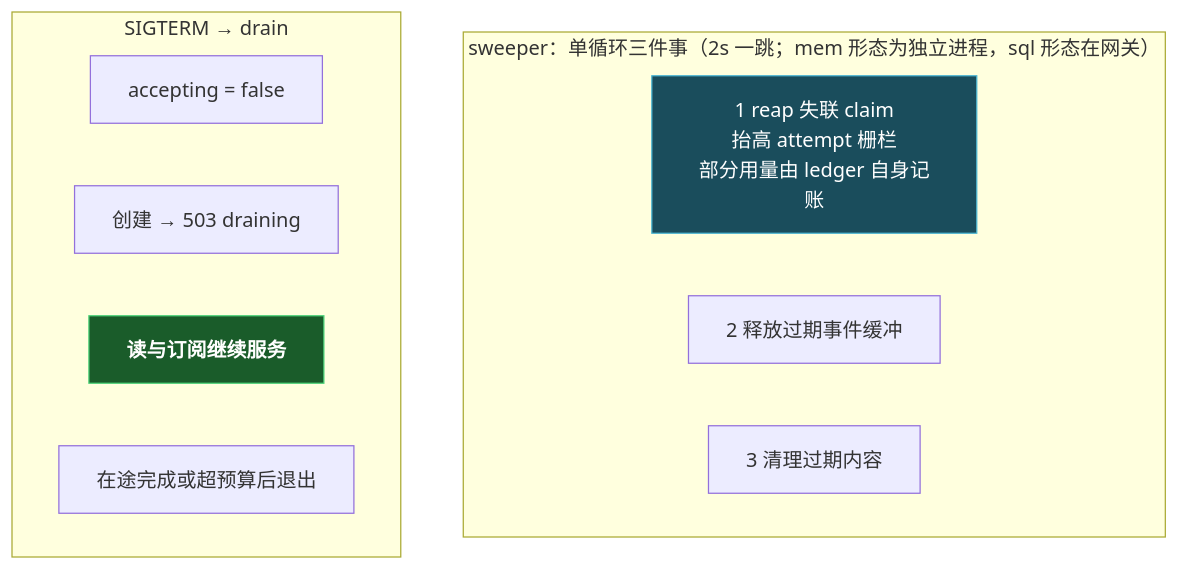
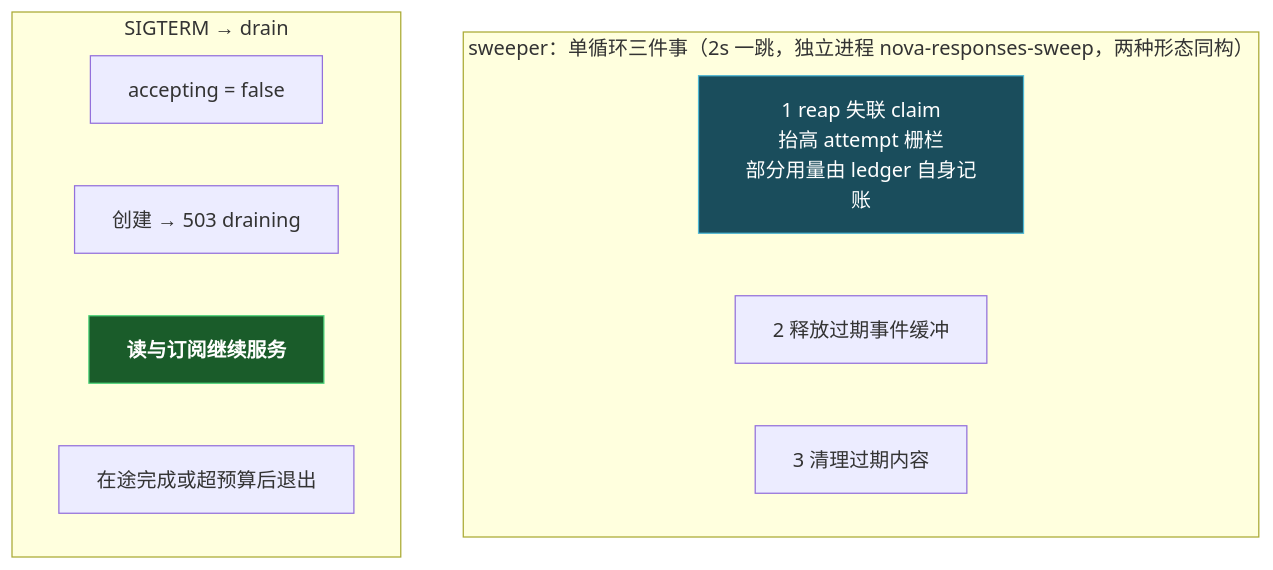
Before and after one commit to charleslyh/nova-chat: the ninth of 9 diagrams in docs/design/00-architecture-review.md, drawn with Mermaid. The commit also changed other lines of this file and 15 other files, not shown here.

Commit message:
docs: realign design and architecture docs with the D25 shared-carrier topology so figures and claims match the implementation, not the pre-shared-buffer model

````diff
--- a/docs/design/00-architecture-review.md
+++ b/docs/design/00-architecture-review.md
@@ -629,18 +629,18 @@
 ```mermaid
 graph TB
-    subgraph SW["sweeper：单循环三件事（2s 一跳；mem 形态为独立进程，sql 形态在网关）"]
+    subgraph SW["sweeper：单循环三件事（2s 一跳，独立进程 nova-responses-sweep，两种形态同构）"]
         T1["1 reap 失联 claim<br/>抬高 attempt 栅栏<br/>部分用量由 ledger 自身记账"]
         T2["2 释放过期事件缓冲"]
         T3["3 清理过期内容"]
     end
 
     subgraph DR["SIGTERM → drain"]
         D1["accepting = false"]
         D2["创建 → 503 draining"]
         D3["<b>读与订阅继续服务</b>"]
         D4["在途完成或超预算后退出"]
     end
 
     style T1 fill:#1a4d5c,stroke:#4db8d4,color:#fff
     style D3 fill:#1a5c2a,stroke:#4dd47a,color:#fff
 ```
````
